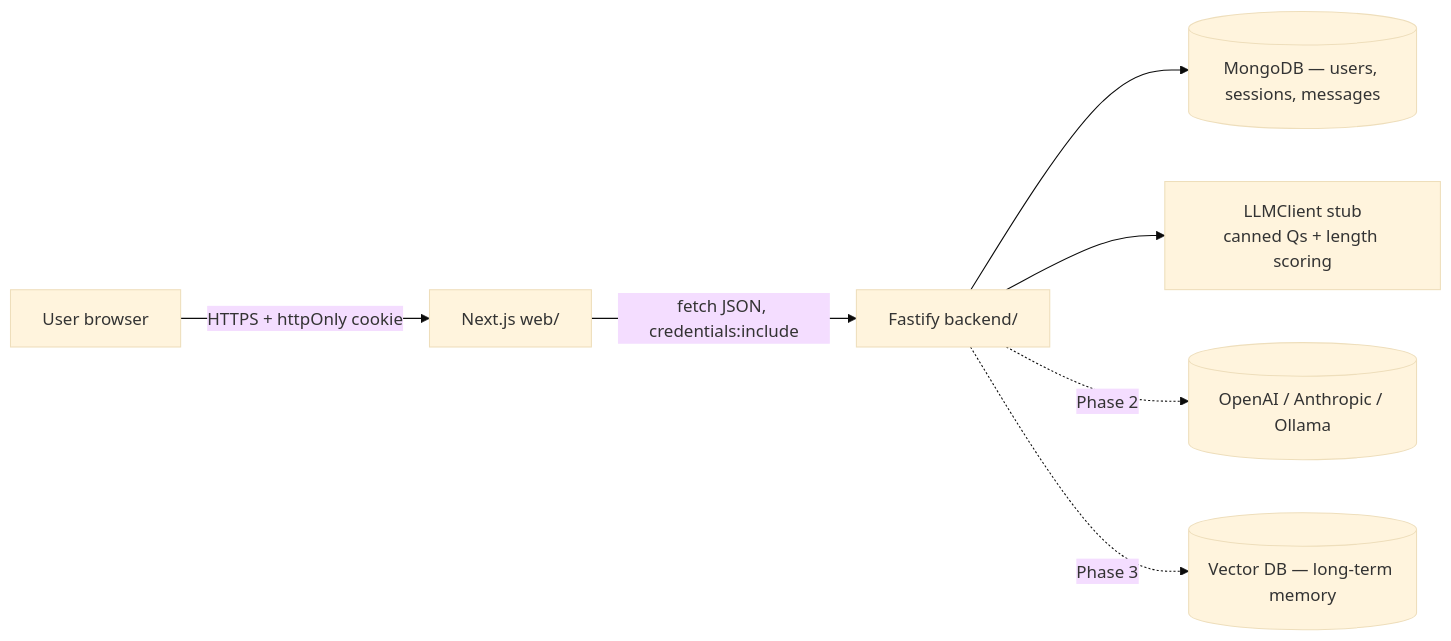
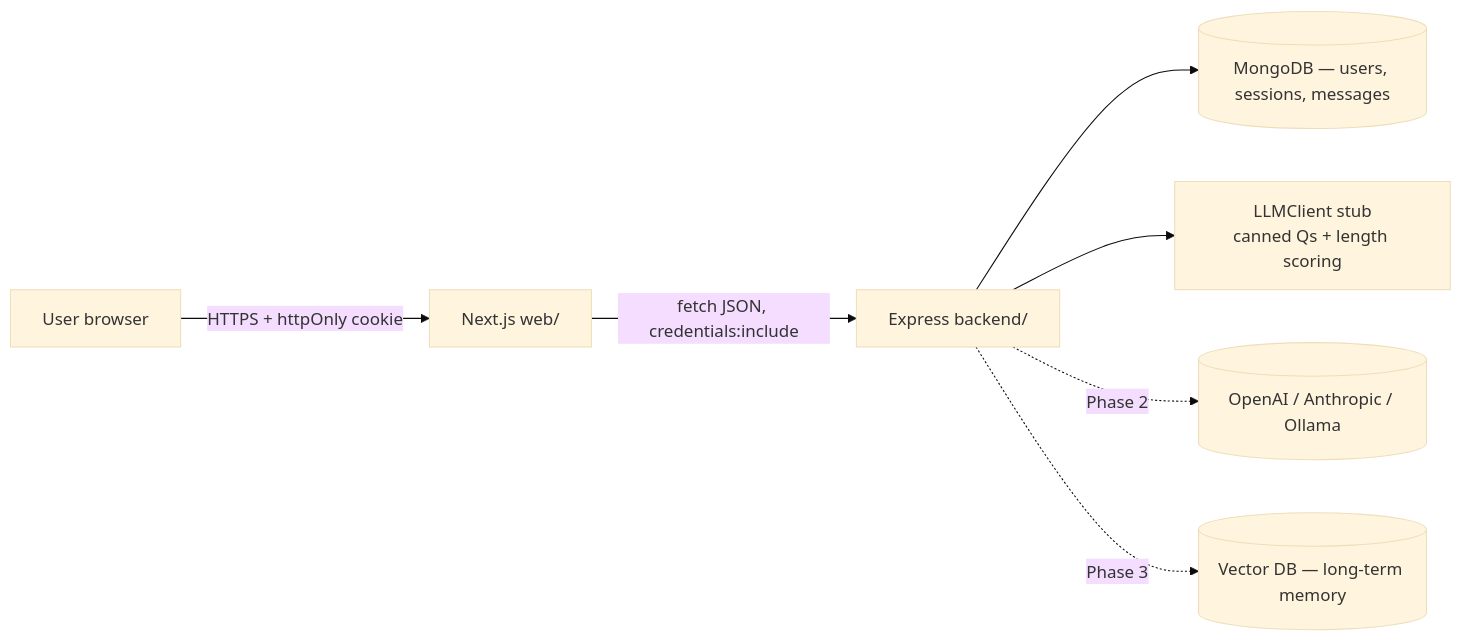
The first of 8 diagrams in ARCHITECTURE.md (knayan1234/SkillGauge), drawn with Mermaid (base theme) before and after one commit. The commit also changed other lines of this file and 113 other files, not shown here.

````diff
--- a/ARCHITECTURE.md
+++ b/ARCHITECTURE.md
@@ -165,9 +182,9 @@
 ```mermaid
 flowchart LR
   user[User browser] -->|HTTPS + httpOnly cookie| web[Next.js web/]
-  web -->|fetch JSON, credentials:include| be[Fastify backend/]
+  web -->|fetch JSON, credentials:include| be[Express backend/]
   be --> mongo[(MongoDB — users, sessions, messages)]
   be --> llm[LLMClient stub<br/>canned Qs + length scoring]
   be -.Phase 2.-> realLlm[(OpenAI / Anthropic / Ollama)]
   be -.Phase 3.-> vec[(Vector DB — long-term memory)]
 ```
````
